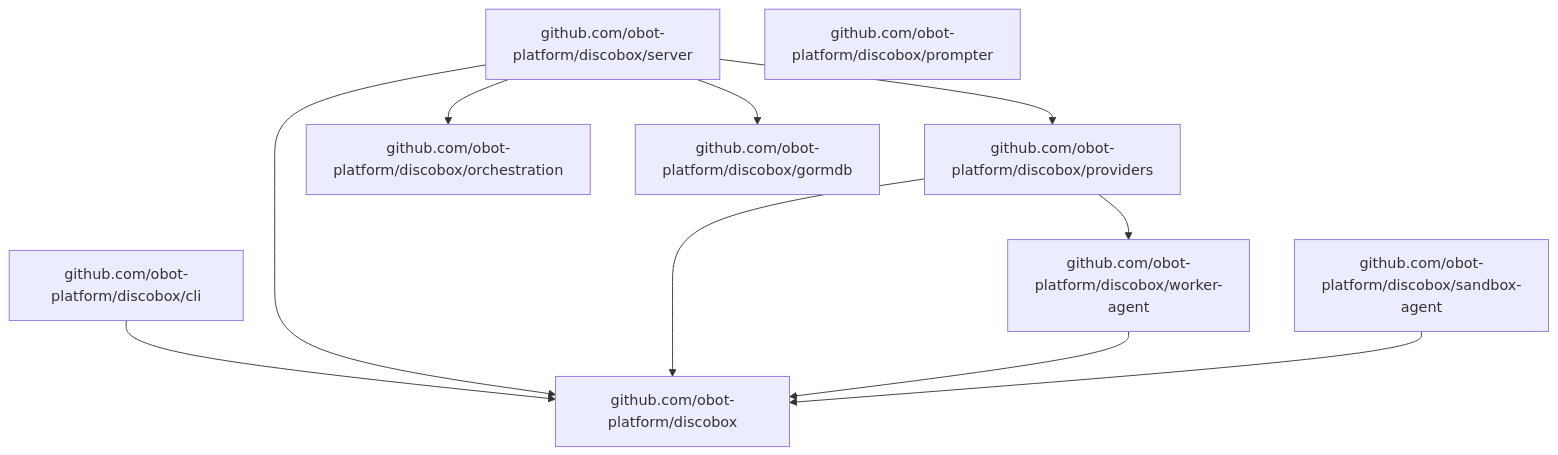
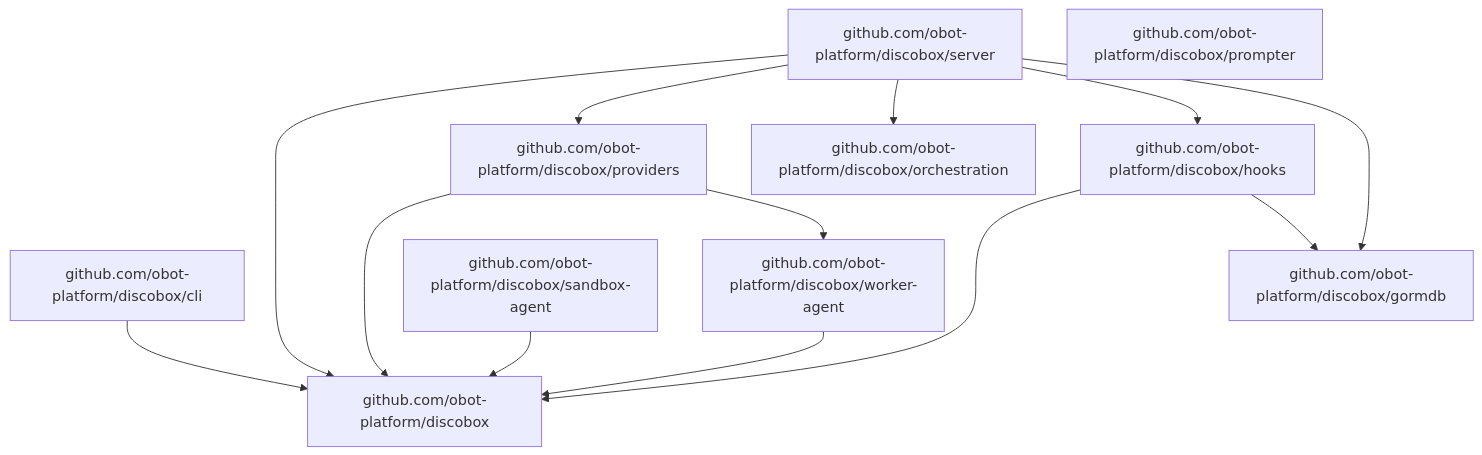
Before and after one commit to discobox-ai/discobox: the second of 2 diagrams in DESIGN.md, drawn with Mermaid. The commit also changed other lines of this file and 84 other files, not shown here.

Commit message:
feat: add discobox hooks module

````diff
--- a/DESIGN.md
+++ b/DESIGN.md
@@ -69,13 +69,16 @@
 ```mermaid
 flowchart TD
-    cli[github.com/obot-platform/discobox/cli] --> root[github.com/obot-platform/discobox]
-    server[github.com/obot-platform/discobox/server] --> root
-    server --> providers[github.com/obot-platform/discobox/providers]
-    server --> orchestration[github.com/obot-platform/discobox/orchestration]
-    server --> gormdb[github.com/obot-platform/discobox/gormdb]
+    cli["github.com/obot-platform/discobox/cli"] --> root["github.com/obot-platform/discobox"]
+    server["github.com/obot-platform/discobox/server"] --> root
+    server --> providers["github.com/obot-platform/discobox/providers"]
+    server --> orchestration["github.com/obot-platform/discobox/orchestration"]
+    server --> hooks["github.com/obot-platform/discobox/hooks"]
+    server --> gormdb["github.com/obot-platform/discobox/gormdb"]
+    hooks --> root
+    hooks --> gormdb
     providers --> root
-    providers --> workerAgent[github.com/obot-platform/discobox/worker-agent]
+    providers --> workerAgent["github.com/obot-platform/discobox/worker-agent"]
     workerAgent --> root
-    sandboxAgent[github.com/obot-platform/discobox/sandbox-agent] --> root
-    prompter[github.com/obot-platform/discobox/prompter]
+    sandboxAgent["github.com/obot-platform/discobox/sandbox-agent"] --> root
+    prompter["github.com/obot-platform/discobox/prompter"]
 ```
````
